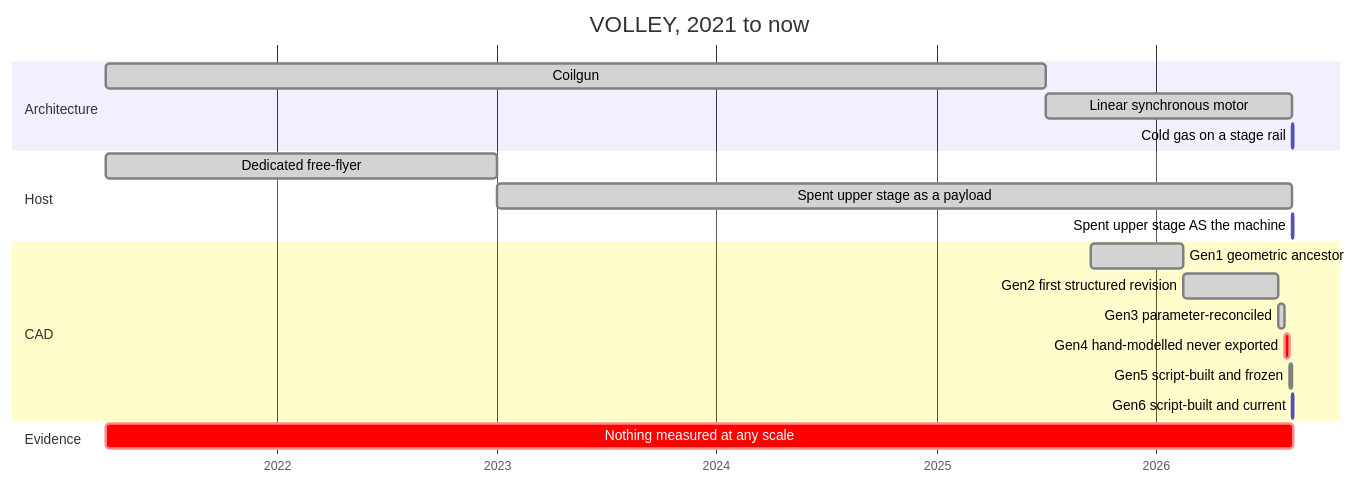
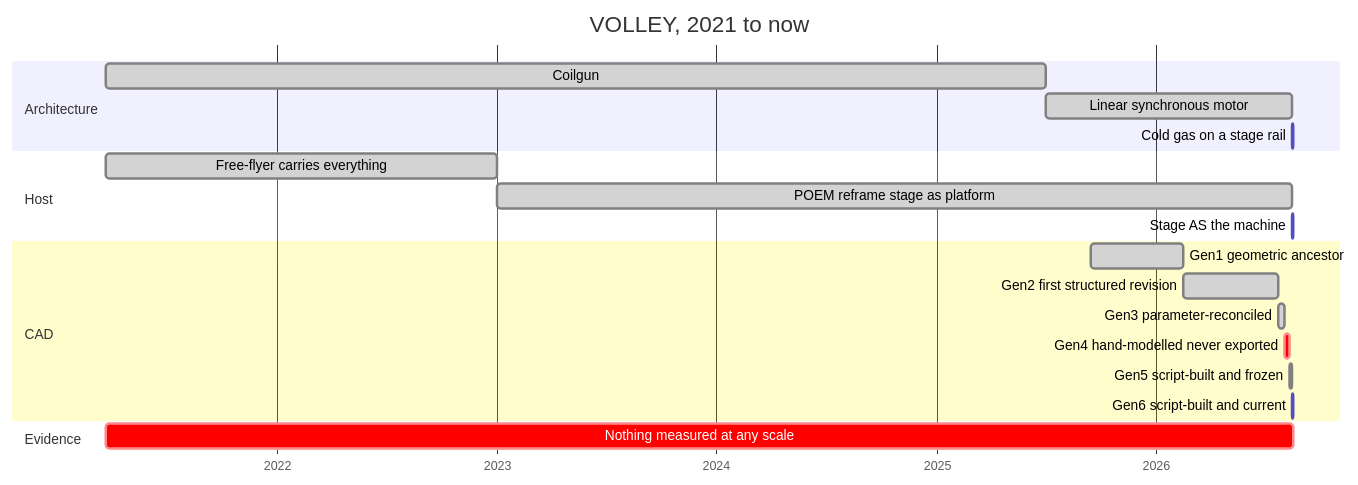
One commit to aaaaaaaaaaaavm/VOLLEY changed the first of 5 diagrams in README.md. Above: the diagram before and after it, drawn with Mermaid. The commit also changed other lines of this file and 9 other files, not shown here.

````diff
--- a/README.md
+++ b/README.md
@@ -219,28 +219,28 @@
 ```mermaid
 gantt
     title VOLLEY, 2021 to now
     dateFormat YYYY-MM-DD
     axisFormat %Y
     todayMarker off
 
     section Architecture
     Coilgun                          :done, a1, 2021-03-22, 2025-07-01
     Linear synchronous motor         :done, a2, 2025-07-01, 2026-08-14
     Cold gas on a stage rail         :active, a3, 2026-08-14, 2026-08-17
 
     section Host
-    Dedicated free-flyer             :done, h1, 2021-03-22, 2023-01-01
-    Spent upper stage as a payload   :done, h2, 2023-01-01, 2026-08-14
-    Spent upper stage AS the machine :active, h3, 2026-08-14, 2026-08-17
+    Free-flyer  carries everything   :done, h1, 2021-03-22, 2023-01-01
+    POEM reframe  stage as platform  :done, h2, 2023-01-01, 2026-08-14
+    Stage AS the machine             :active, h3, 2026-08-14, 2026-08-17
 
     section CAD
     Gen1  geometric ancestor         :done, c1, 2025-09-15, 2026-02-15
     Gen2  first structured revision  :done, c2, 2026-02-15, 2026-07-23
     Gen3  parameter-reconciled       :done, c3, 2026-07-23, 2026-08-03
     Gen4  hand-modelled never exported :crit, c4, 2026-08-03, 2026-08-10
     Gen5  script-built and frozen    :done, c5, 2026-08-10, 2026-08-14
     Gen6  script-built and current   :active, c6, 2026-08-14, 2026-08-17
 
     section Evidence
     Nothing measured at any scale    :crit, e1, 2021-03-22, 2026-08-17
 ```
````
